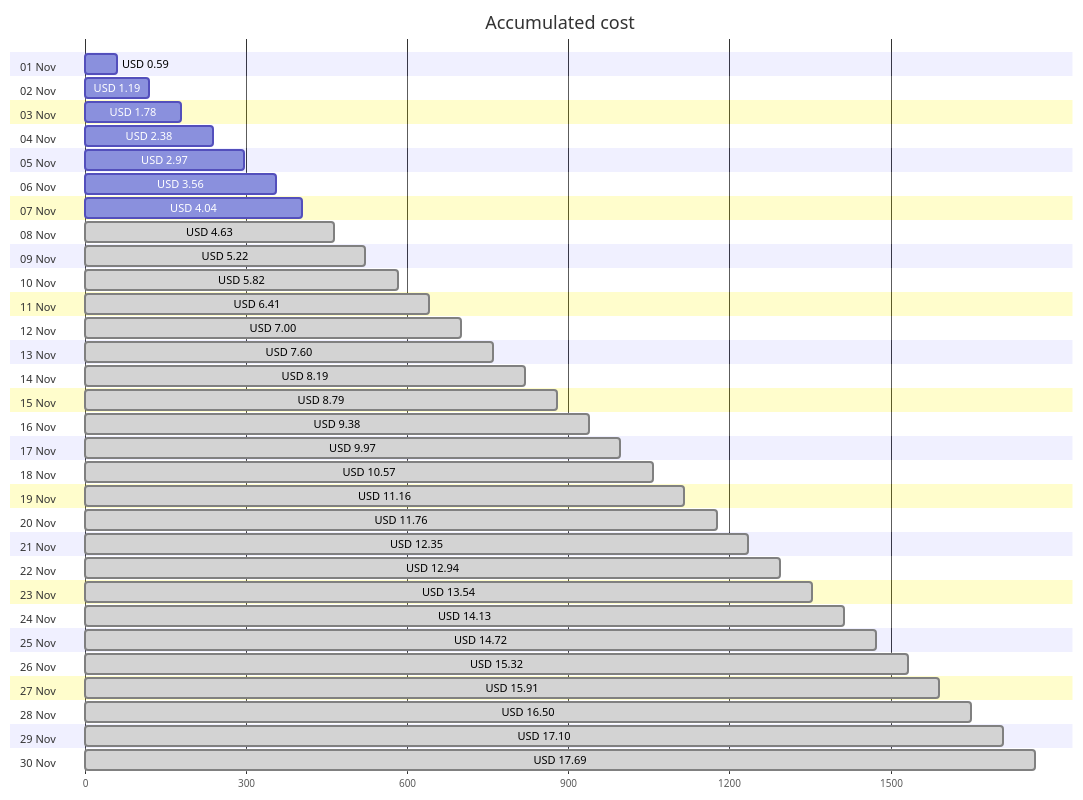
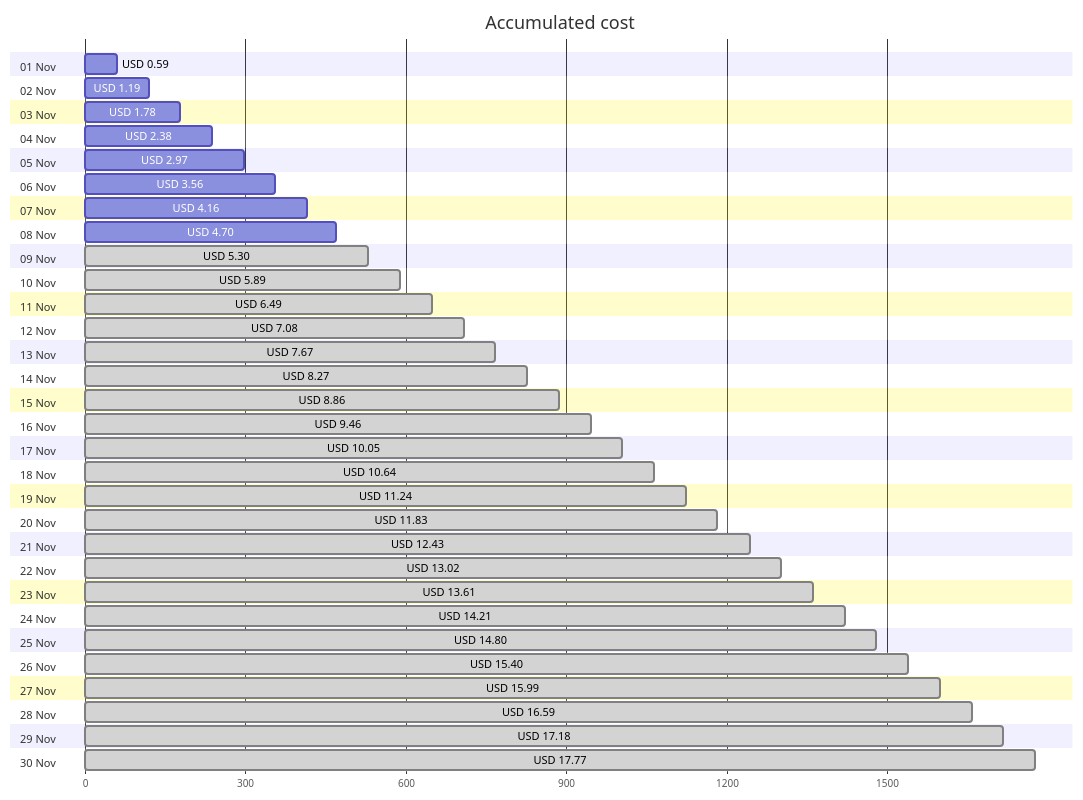
One commit to jpfulton/azure-personal-reports changed the first of 4 diagrams in cost-reports/personal-site/README.md. Above: the diagram before and after it, drawn with Mermaid. The commit also changed other lines of this file and 6 other files, not shown here.

````diff
--- a/cost-reports/personal-site/README.md
+++ b/cost-reports/personal-site/README.md
@@ -20,66 +20,66 @@
 ```mermaid
 gantt
    title Accumulated cost
    dateFormat  X
    axisFormat %s
    section 01 Nov
    USD 0.59 :0, 59
    section 02 Nov
    USD 1.19 :0, 119
    section 03 Nov
    USD 1.78 :0, 178
    section 04 Nov
    USD 2.38 :0, 238
    section 05 Nov
    USD 2.97 :0, 297
    section 06 Nov
    USD 3.56 :0, 356
    section 07 Nov
-   USD 4.04 :0, 404
+   USD 4.16 :0, 416
    section 08 Nov
-   USD 4.63 : done, 0, 463
+   USD 4.70 :0, 470
    section 09 Nov
-   USD 5.22 : done, 0, 522
+   USD 5.30 : done, 0, 530
    section 10 Nov
-   USD 5.82 : done, 0, 582
+   USD 5.89 : done, 0, 589
    section 11 Nov
-   USD 6.41 : done, 0, 641
+   USD 6.49 : done, 0, 649
    section 12 Nov
-   USD 7.00 : done, 0, 700
+   USD 7.08 : done, 0, 708
    section 13 Nov
-   USD 7.60 : done, 0, 760
+   USD 7.67 : done, 0, 767
    section 14 Nov
-   USD 8.19 : done, 0, 819
+   USD 8.27 : done, 0, 827
    section 15 Nov
-   USD 8.79 : done, 0, 879
+   USD 8.86 : done, 0, 886
    section 16 Nov
-   USD 9.38 : done, 0, 938
+   USD 9.46 : done, 0, 946
    section 17 Nov
-   USD 9.97 : done, 0, 997
+   USD 10.05 : done, 0, 1005
    section 18 Nov
-   USD 10.57 : done, 0, 1057
+   USD 10.64 : done, 0, 1064
    section 19 Nov
-   USD 11.16 : done, 0, 1116
+   USD 11.24 : done, 0, 1124
    section 20 Nov
-   USD 11.76 : done, 0, 1176
+   USD 11.83 : done, 0, 1183
    section 21 Nov
-   USD 12.35 : done, 0, 1235
+   USD 12.43 : done, 0, 1243
    section 22 Nov
-   USD 12.94 : done, 0, 1294
+   USD 13.02 : done, 0, 1302
    section 23 Nov
-   USD 13.54 : done, 0, 1354
+   USD 13.61 : done, 0, 1361
    section 24 Nov
-   USD 14.13 : done, 0, 1413
+   USD 14.21 : done, 0, 1421
    section 25 Nov
-   USD 14.72 : done, 0, 1472
+   USD 14.80 : done, 0, 1480
    section 26 Nov
-   USD 15.32 : done, 0, 1532
+   USD 15.40 : done, 0, 1540
    section 27 Nov
-   USD 15.91 : done, 0, 1591
+   USD 15.99 : done, 0, 1599
    section 28 Nov
-   USD 16.50 : done, 0, 1650
+   USD 16.59 : done, 0, 1659
    section 29 Nov
-   USD 17.10 : done, 0, 1710
+   USD 17.18 : done, 0, 1718
    section 30 Nov
-   USD 17.69 : done, 0, 1769
+   USD 17.77 : done, 0, 1777
 ```
````
